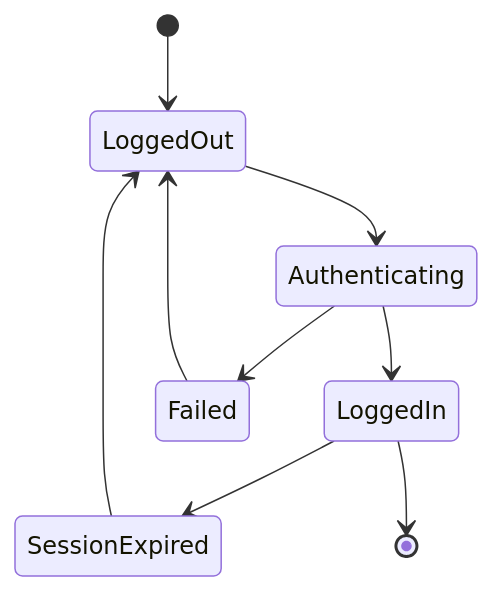
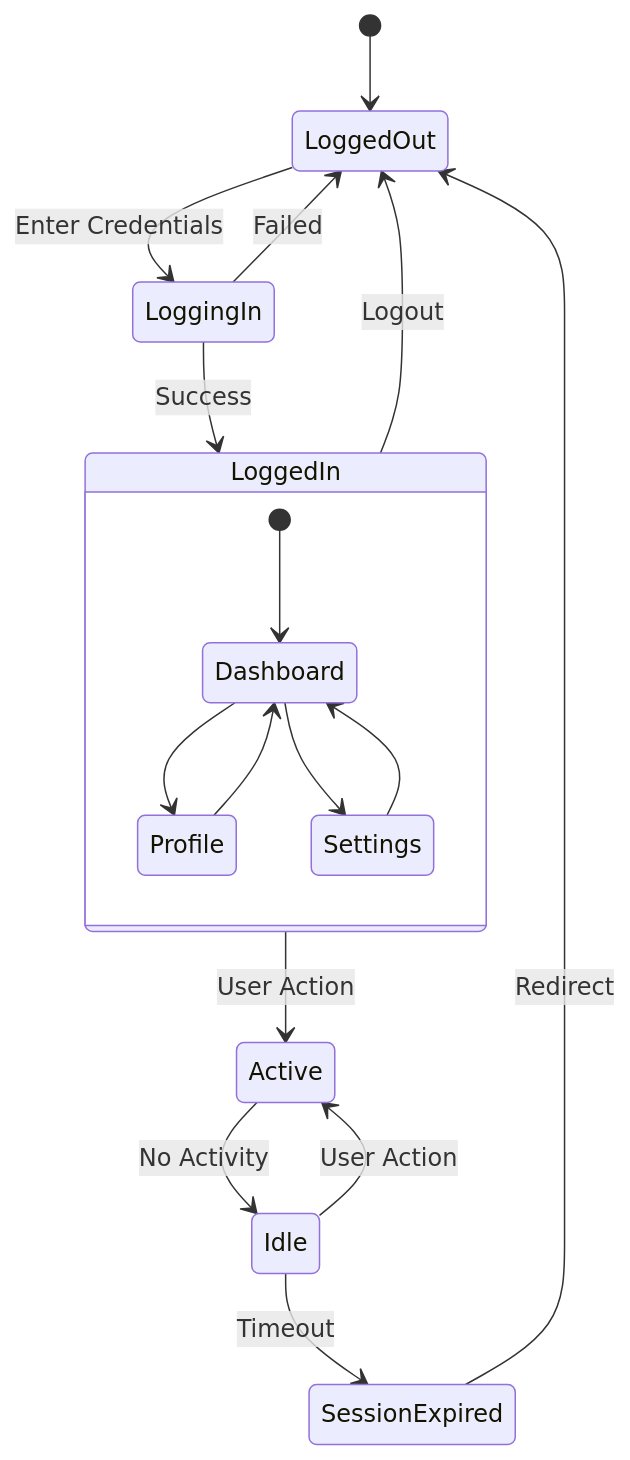
The ninth of 11 diagrams in SRS.md (srisrihari/pep-score-nexus), drawn with Mermaid before and after one commit. The commit also changed other lines of this file, not shown here.

````diff
--- a/SRS.md
+++ b/SRS.md
@@ -1474,11 +2038,21 @@
 ```mermaid
 stateDiagram-v2
     [*] --> LoggedOut
-    LoggedOut --> Authenticating
-    Authenticating --> LoggedIn
-    Authenticating --> Failed
-    Failed --> LoggedOut
-    LoggedIn --> SessionExpired
-    SessionExpired --> LoggedOut
-    LoggedIn --> [*]
+    LoggedOut --> LoggingIn: Enter Credentials
+    LoggingIn --> LoggedIn: Success
+    LoggingIn --> LoggedOut: Failed
+    LoggedIn --> Active: User Action
+    Active --> Idle: No Activity
+    Idle --> Active: User Action
+    Idle --> SessionExpired: Timeout
+    SessionExpired --> LoggedOut: Redirect
+    LoggedIn --> LoggedOut: Logout
+
+    state LoggedIn {
+        [*] --> Dashboard
+        Dashboard --> Profile
+        Dashboard --> Settings
+        Profile --> Dashboard
+        Settings --> Dashboard
+    }
 ```
````
